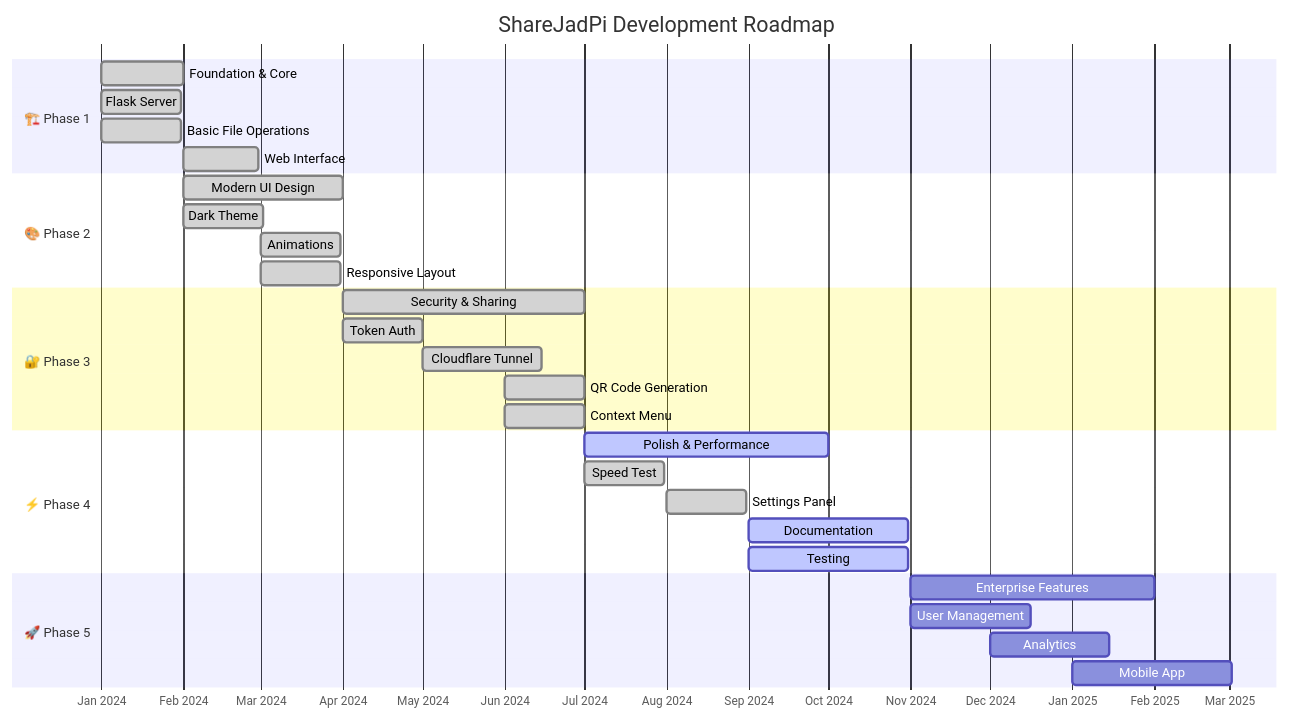
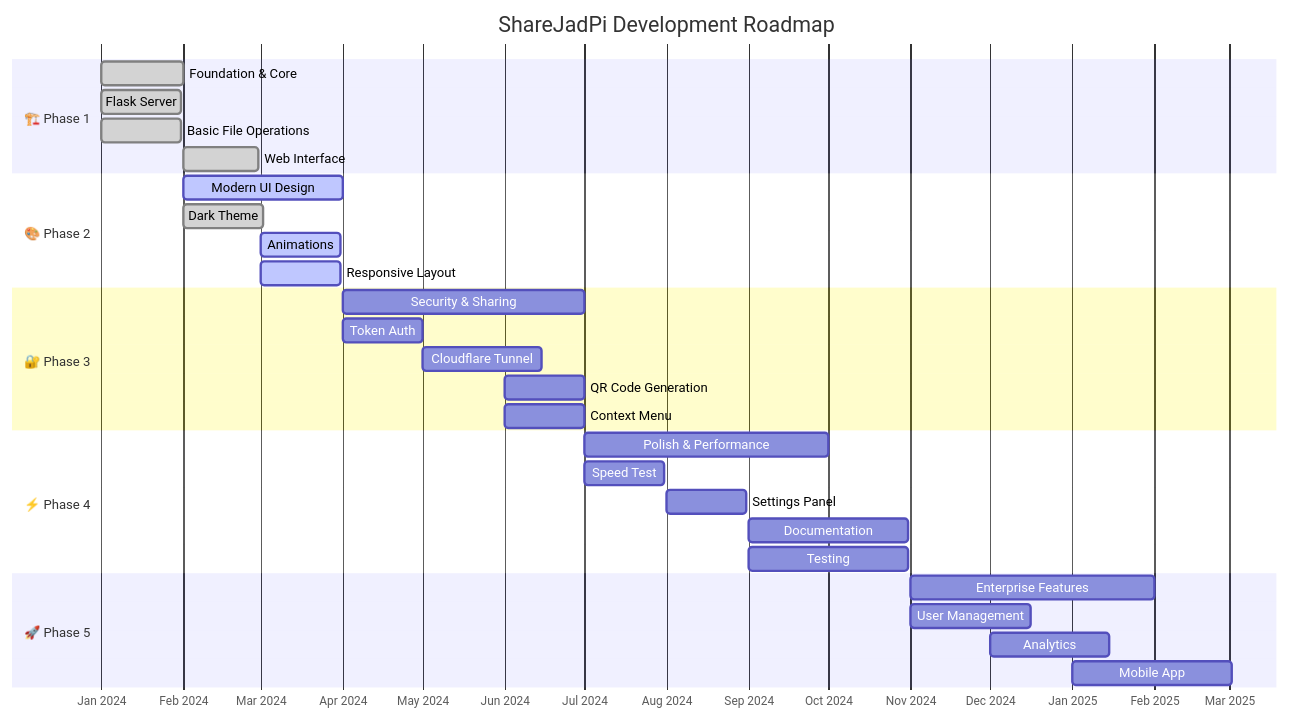
Before and after one commit to hetcharusat/sharejadpi: the first of 6 diagrams in SGP_phase1/docs/timeline.md, drawn with Mermaid. The commit also changed other lines of this file and 3 other files, not shown here.

````diff
--- a/SGP_phase1/docs/timeline.md
+++ b/SGP_phase1/docs/timeline.md
@@ -33,38 +33,38 @@
 ```mermaid
 gantt
     title ShareJadPi Development Roadmap
     dateFormat YYYY-MM
     axisFormat %b %Y
     
     section 🏗️ Phase 1
     Foundation & Core        :done, p1, 2024-01, 2024-02
     Flask Server             :done, 2024-01, 30d
     Basic File Operations    :done, 2024-01, 30d
     Web Interface            :done, 2024-02, 28d
     
     section 🎨 Phase 2
-    Modern UI Design         :done, p2, 2024-02, 2024-04
+    Modern UI Design         :active, p2, 2024-02, 2024-04
     Dark Theme               :done, 2024-02, 30d
-    Animations               :done, 2024-03, 30d
-    Responsive Layout        :done, 2024-03, 30d
+    Animations               :active, 2024-03, 30d
+    Responsive Layout        :active, 2024-03, 30d
     
     section 🔐 Phase 3
-    Security & Sharing       :done, p3, 2024-04, 2024-07
-    Token Auth               :done, 2024-04, 30d
-    Cloudflare Tunnel        :done, 2024-05, 45d
-    QR Code Generation       :done, 2024-06, 30d
-    Context Menu             :done, 2024-06, 30d
+    Security & Sharing       :p3, 2024-04, 2024-07
+    Token Auth               :2024-04, 30d
+    Cloudflare Tunnel        :2024-05, 45d
+    QR Code Generation       :2024-06, 30d
+    Context Menu             :2024-06, 30d
     
     section ⚡ Phase 4
-    Polish & Performance     :active, p4, 2024-07, 2024-10
-    Speed Test               :done, 2024-07, 30d
-    Settings Panel           :done, 2024-08, 30d
-    Documentation            :active, 2024-09, 60d
-    Testing                  :active, 2024-09, 60d
+    Polish & Performance     :p4, 2024-07, 2024-10
+    Speed Test               :2024-07, 30d
+    Settings Panel           :2024-08, 30d
+    Documentation            :2024-09, 60d
+    Testing                  :2024-09, 60d
     
     section 🚀 Phase 5
     Enterprise Features      :p5, 2024-11, 2025-02
     User Management          :2024-11, 45d
     Analytics                :2024-12, 45d
     Mobile App               :2025-01, 60d
 ```
````
